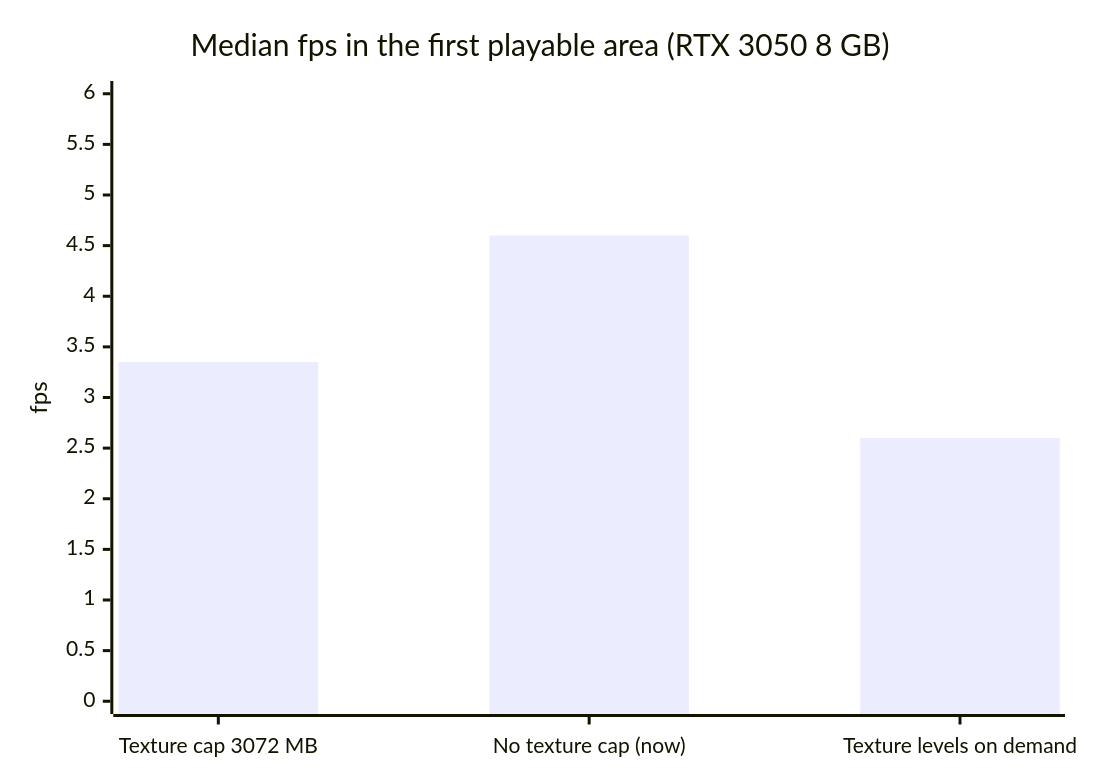
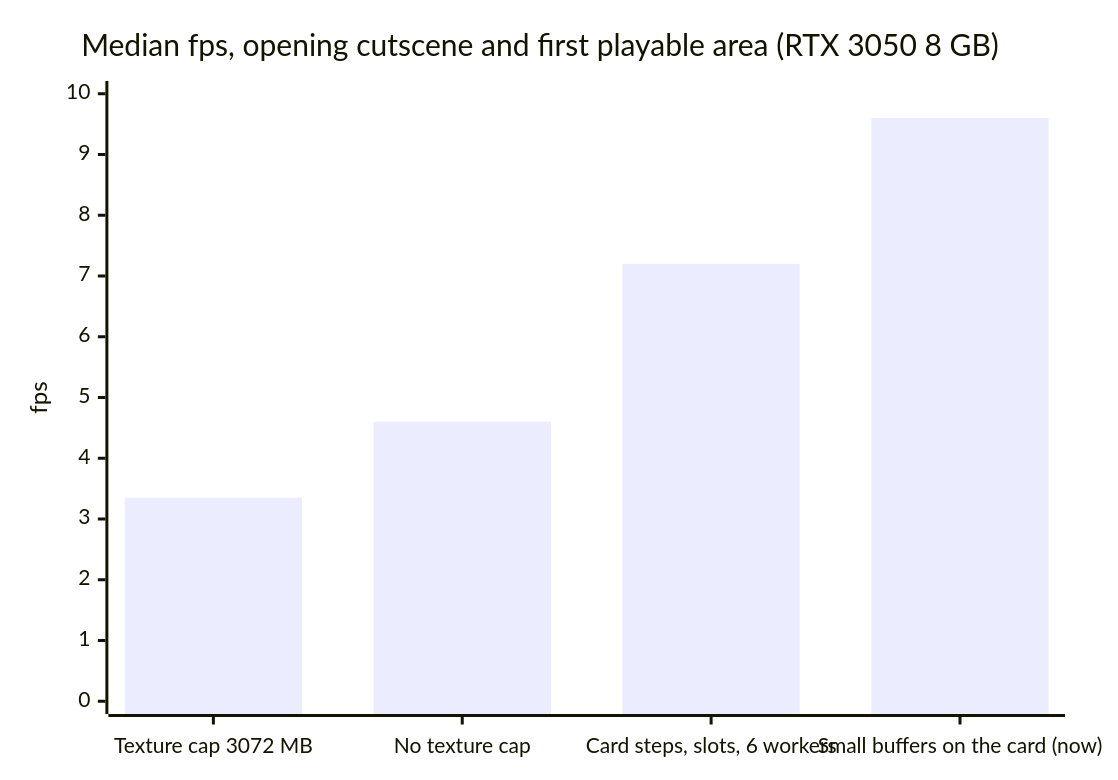
Before and after one commit to brothernog/rota: the first of 2 diagrams in README.md, drawn with Mermaid. The commit also changed other lines of this file and 2 other files, not shown here.

````diff
--- a/README.md
+++ b/README.md
@@ -48,7 +48,7 @@
 ```mermaid
 xychart-beta
-    title "Median fps in the first playable area (RTX 3050 8 GB)"
-    x-axis ["Texture cap 3072 MB", "No texture cap (now)", "Texture levels on demand"]
-    y-axis "fps" 0 --> 6
-    bar [3.35, 4.6, 2.6]
+    title "Median fps, opening cutscene and first playable area (RTX 3050 8 GB)"
+    x-axis ["Texture cap 3072 MB", "No texture cap", "Card steps, slots, 6 workers", "Small buffers on the card (now)"]
+    y-axis "fps" 0 --> 10
+    bar [3.35, 4.6, 7.2, 9.6]
 ```
````
